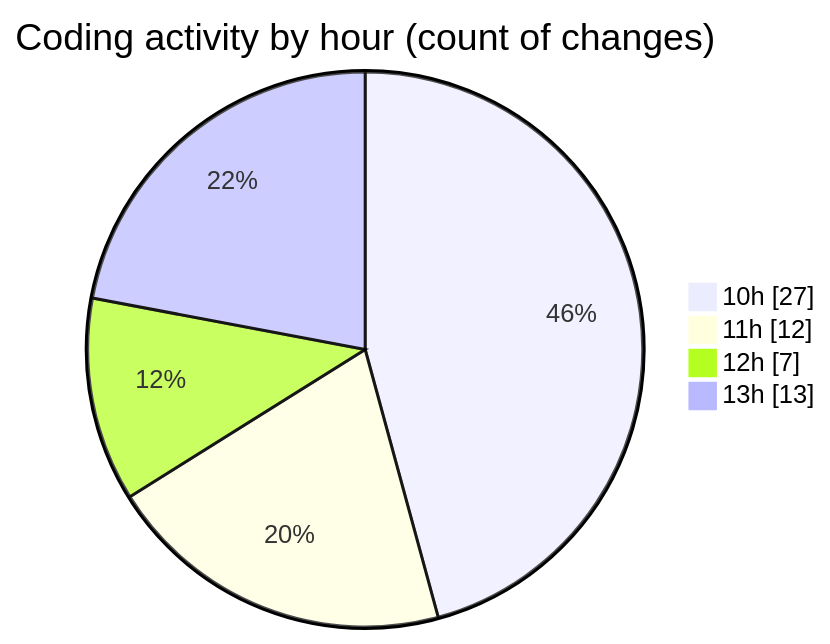
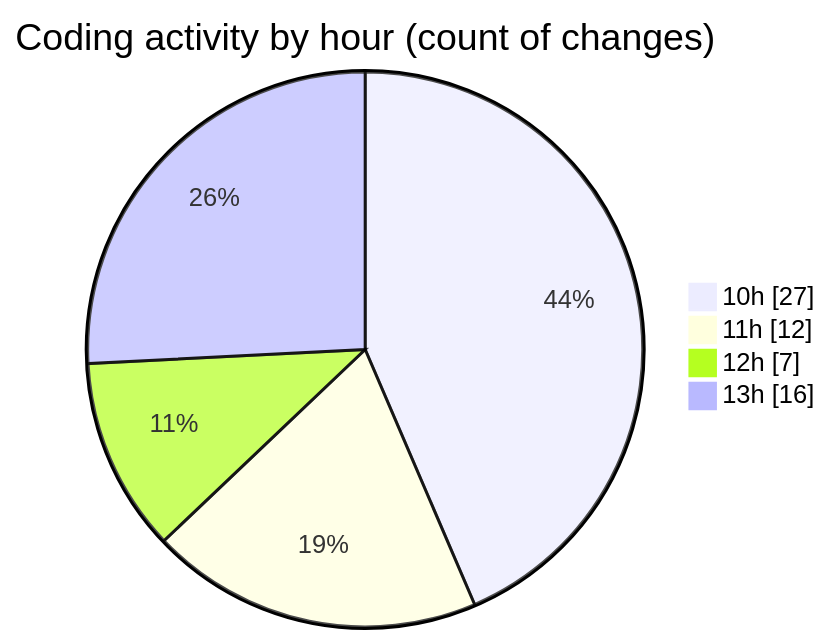
One commit to MatusMokan/code-tracking changed the second of 2 diagrams in 2025-03-01/myws__workspace_/README.md. Above: the diagram before and after it, drawn with Mermaid. The commit also changed other lines of this file and 1 other file, not shown here.

````diff
--- a/2025-03-01/myws__workspace_/README.md
+++ b/2025-03-01/myws__workspace_/README.md
@@ -37,8 +38,8 @@
 ```mermaid
 pie showData
 title Coding activity by hour (count of changes)
 "10h" : 27
 "11h" : 12
 "12h" : 7
-"13h" : 13
+"13h" : 16
 ```
````
